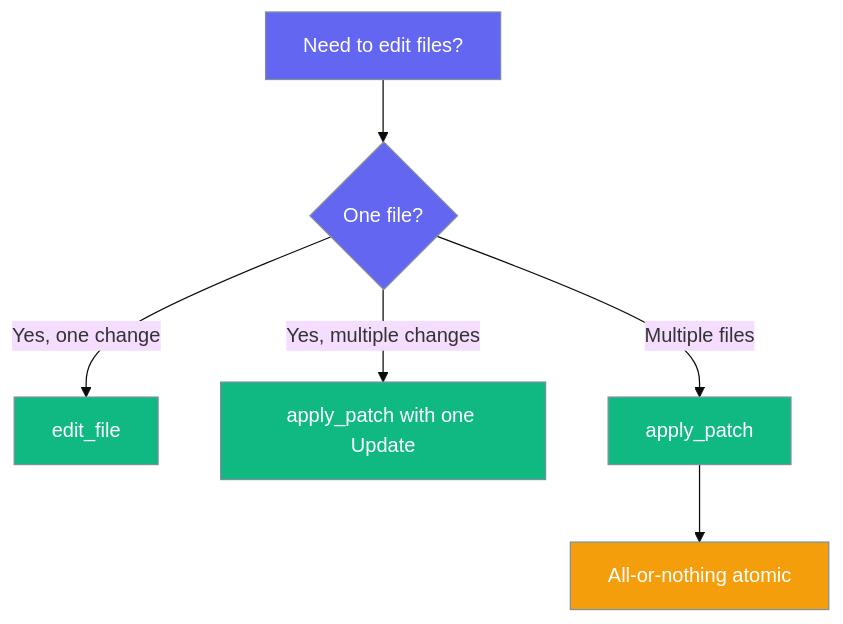
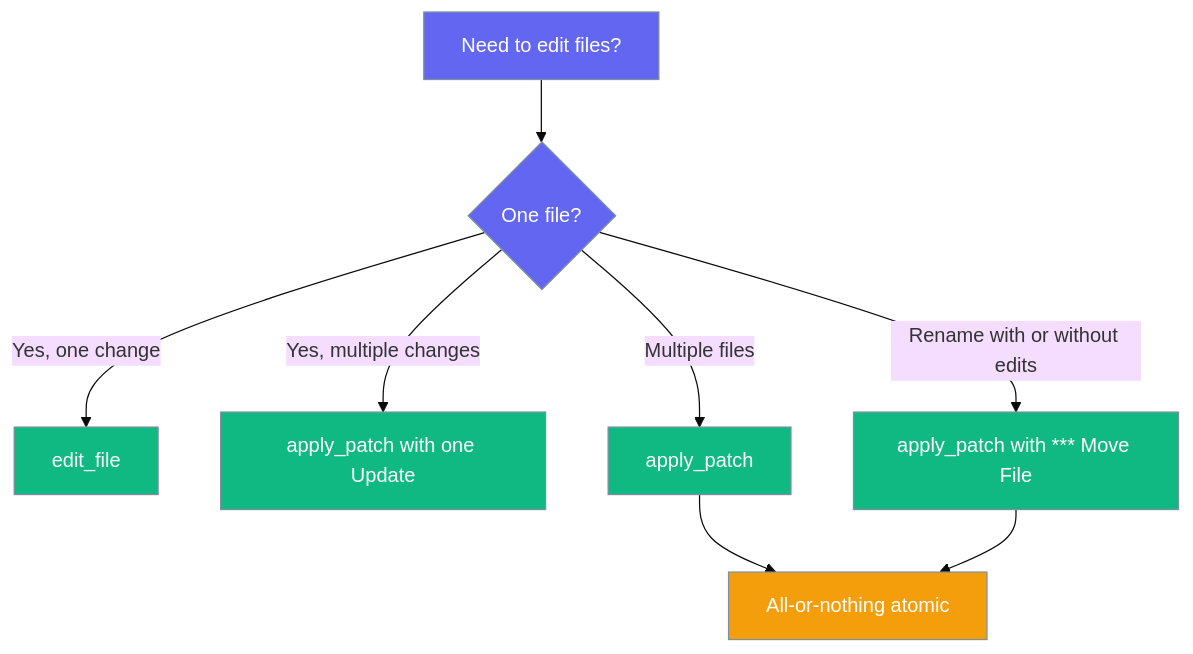
Before and after one commit to MervinPraison/PraisonAIDocs: the seventh of 12 diagrams in docs/features/file-editing.mdx, drawn with Mermaid (base theme). The commit also changed other lines of this file, not shown here.

First line of the commit message:
docs: document atomic Move/Rename operation in apply_patch (fixes #3649)

````diff
--- a/docs/features/file-editing.mdx
+++ b/docs/features/file-editing.mdx
@@ -361,17 +361,19 @@
 ```mermaid
 graph TB
     Q[Need to edit files?]
     Q --> A1{One file?}
     A1 -->|Yes, one change| E[edit_file]
     A1 -->|Yes, multiple changes| EM[apply_patch with one Update]
     A1 -->|Multiple files| AP[apply_patch]
+    A1 -->|Rename with or without edits| MV[apply_patch with *** Move File]
     AP --> R[All-or-nothing atomic]
+    MV --> R
 
     classDef q fill:#6366F1,stroke:#7C90A0,color:#fff
     classDef tool fill:#10B981,stroke:#7C90A0,color:#fff
     classDef note fill:#F59E0B,stroke:#7C90A0,color:#fff
 
     class Q,A1 q
-    class E,EM,AP tool
+    class E,EM,AP,MV tool
     class R note
 ```
````
